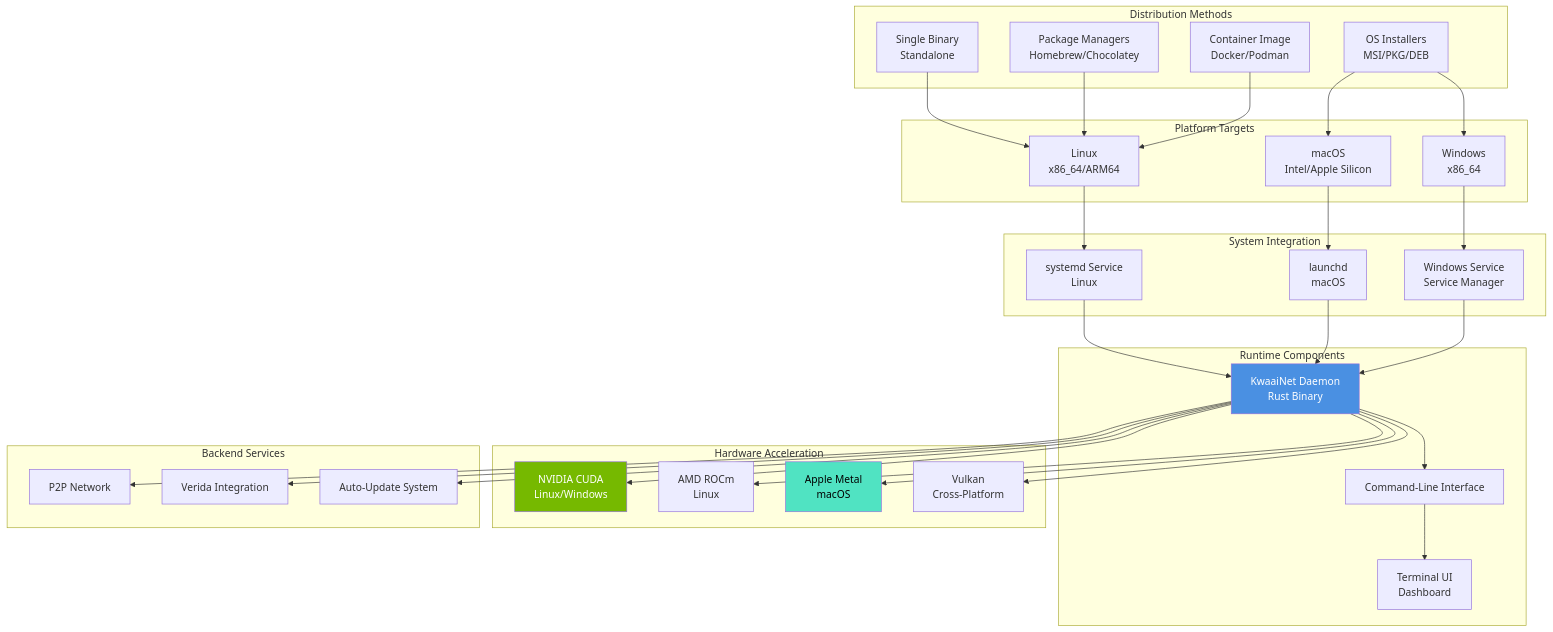
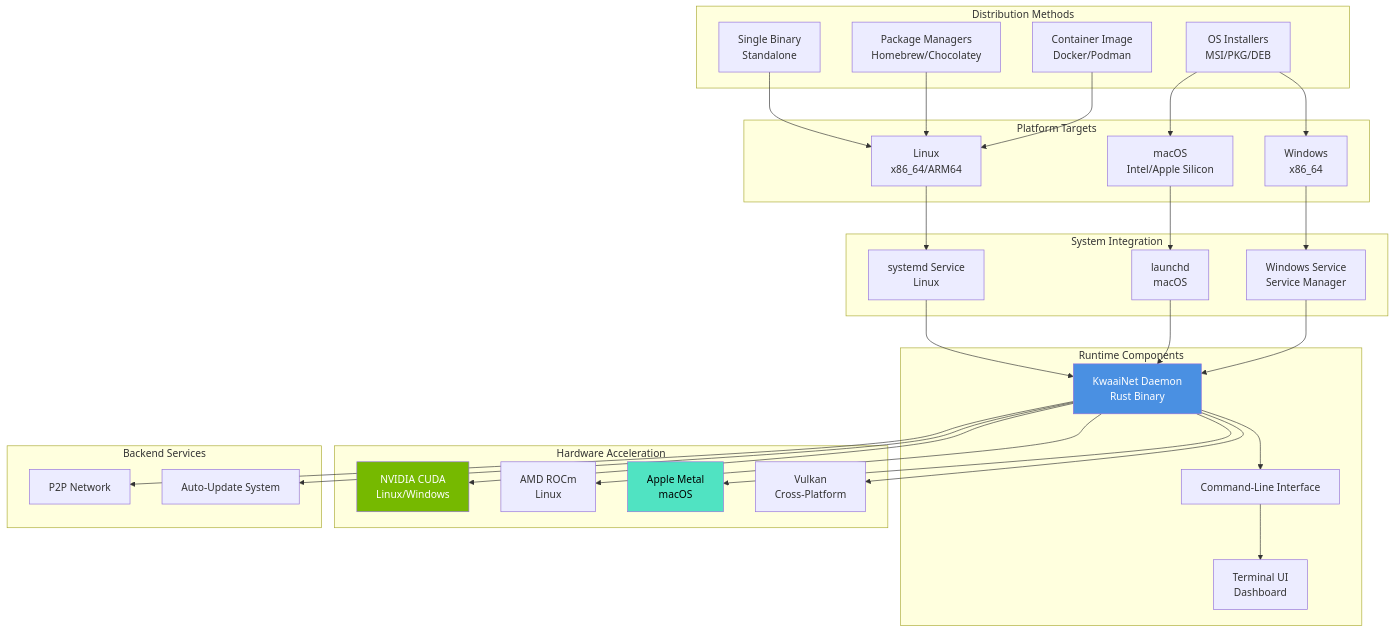
Before and after one commit to Kwaai-AI-Lab/KwaaiNet: the seventh of 17 diagrams in docs/DEPLOYMENT_ARCHITECTURE.md, drawn with Mermaid. The commit also changed other lines of this file and 28 other files, not shown here.

````diff
--- a/docs/DEPLOYMENT_ARCHITECTURE.md
+++ b/docs/DEPLOYMENT_ARCHITECTURE.md
@@ -416,70 +410,68 @@
 ```mermaid
 graph TB
     subgraph "Distribution Methods"
         Binary[Single Binary<br/>Standalone]
         Installer[OS Installers<br/>MSI/PKG/DEB]
         Package[Package Managers<br/>Homebrew/Chocolatey]
         Container[Container Image<br/>Docker/Podman]
     end
 
     subgraph "Platform Targets"
         Linux[Linux<br/>x86_64/ARM64]
         MacOS[macOS<br/>Intel/Apple Silicon]
         Windows[Windows<br/>x86_64]
     end
 
     subgraph "System Integration"
         Systemd[systemd Service<br/>Linux]
         Launchd[launchd<br/>macOS]
         WinService[Windows Service<br/>Service Manager]
     end
 
     subgraph "Runtime Components"
         Daemon[KwaaiNet Daemon<br/>Rust Binary]
         CLI[Command-Line Interface]
         TUI[Terminal UI<br/>Dashboard]
     end
 
     subgraph "Hardware Acceleration"
         CUDA[NVIDIA CUDA<br/>Linux/Windows]
         ROCm[AMD ROCm<br/>Linux]
         Metal[Apple Metal<br/>macOS]
         Vulkan[Vulkan<br/>Cross-Platform]
     end
 
     subgraph "Backend Services"
         P2P[P2P Network]
-        Verida[Verida Integration]
         Updates[Auto-Update System]
     end
 
     Binary --> Linux
     Installer --> MacOS
     Installer --> Windows
     Package --> Linux
     Container --> Linux
 
     Linux --> Systemd
     MacOS --> Launchd
     Windows --> WinService
 
     Systemd --> Daemon
     Launchd --> Daemon
     WinService --> Daemon
 
     Daemon --> CLI
     CLI --> TUI
 
     Daemon --> CUDA
     Daemon --> ROCm
     Daemon --> Metal
     Daemon --> Vulkan
 
     Daemon --> P2P
-    Daemon --> Verida
     Daemon --> Updates
 
     style Daemon fill:#4A90E2,color:#fff
     style CUDA fill:#76B900,color:#fff
     style Metal fill:#50E3C2,color:#000
 ```
````
